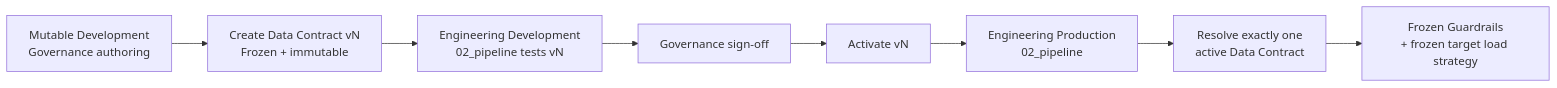
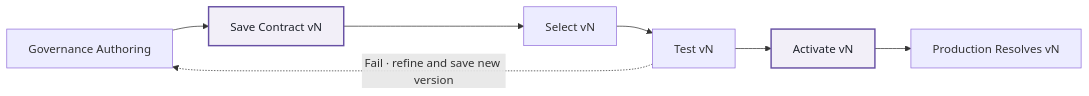
The diagram in docs/guided-demo/05-create-data-contract.md (Voycepeh/FabricOps-Starter-Kit), drawn with Mermaid before and after one commit. The commit also changed other lines of this file, not shown here.

Commit message:
docs: align Data Contract demo lifecycle with implementation

````diff
--- a/docs/guided-demo/05-create-data-contract.md
+++ b/docs/guided-demo/05-create-data-contract.md
@@ -15,10 +15,8 @@
 ```mermaid
 flowchart LR
-    AUTHOR["Mutable Development<br/>Governance authoring"] --> FREEZE["Create Data Contract vN<br/>Frozen + immutable"]
-    FREEZE --> TEST["Engineering Development<br/>02_pipeline tests vN"]
-    TEST --> SIGNOFF["Governance sign-off"]
-    SIGNOFF --> ACTIVATE["Activate vN"]
-    ACTIVATE --> PROD["Engineering Production<br/>02_pipeline"]
-    PROD --> RESOLVE["Resolve exactly one<br/>active Data Contract"]
-    RESOLVE --> RUN["Frozen Guardrails<br/>+ frozen target load strategy"]
+    AUTHOR["Governance Authoring"] --> SAVE["Save Contract vN"] --> SELECT["Select vN"] --> TEST["Test vN"] --> ACTIVATE["Activate vN"] --> PROD["Production Resolves vN"]
+    TEST -. "Fail · refine and save new version" .-> AUTHOR
+
+    classDef focal fill:#f2eff8,stroke:#6750a4,stroke-width:2px,color:#20242d;
+    class SAVE,ACTIVATE focal;
 ```
````
